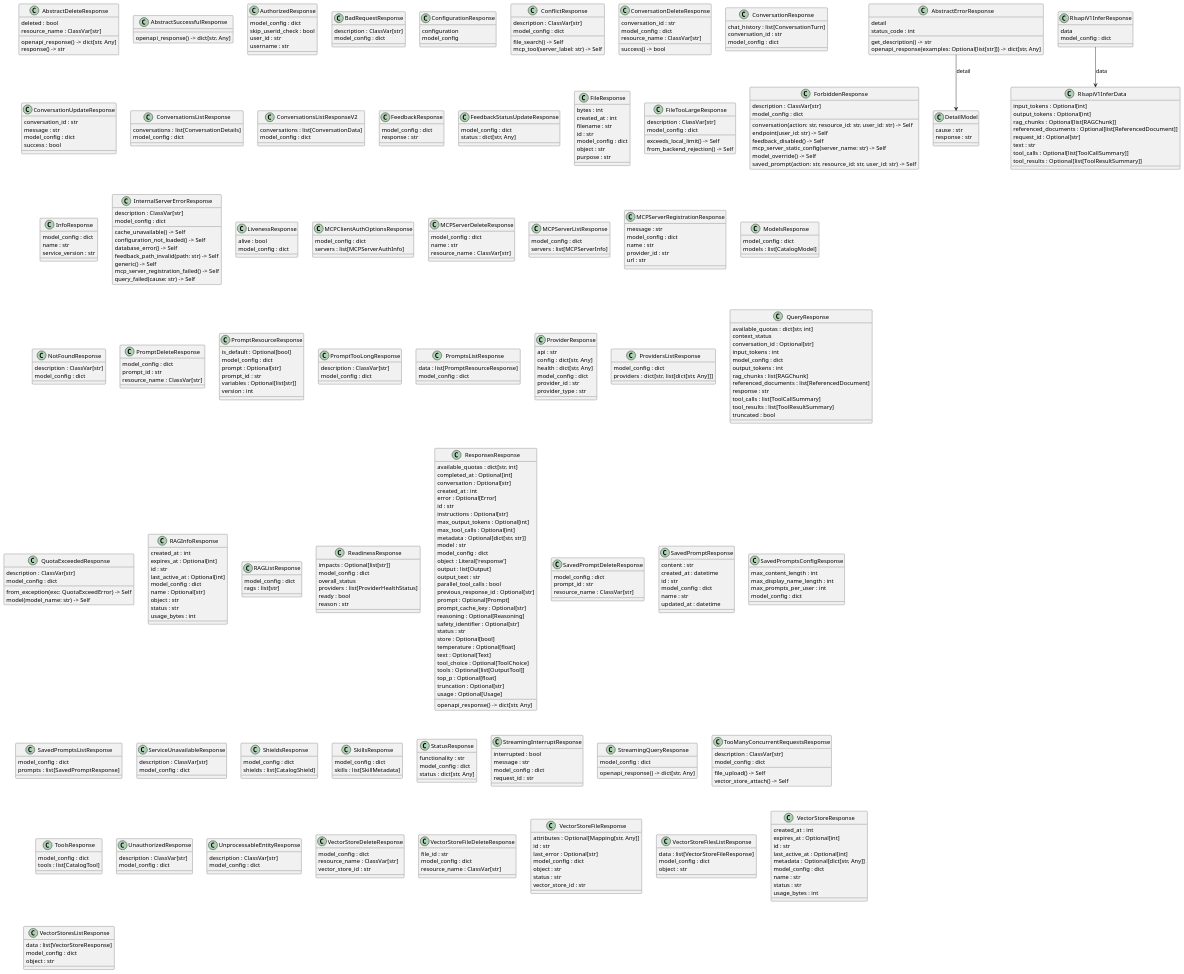
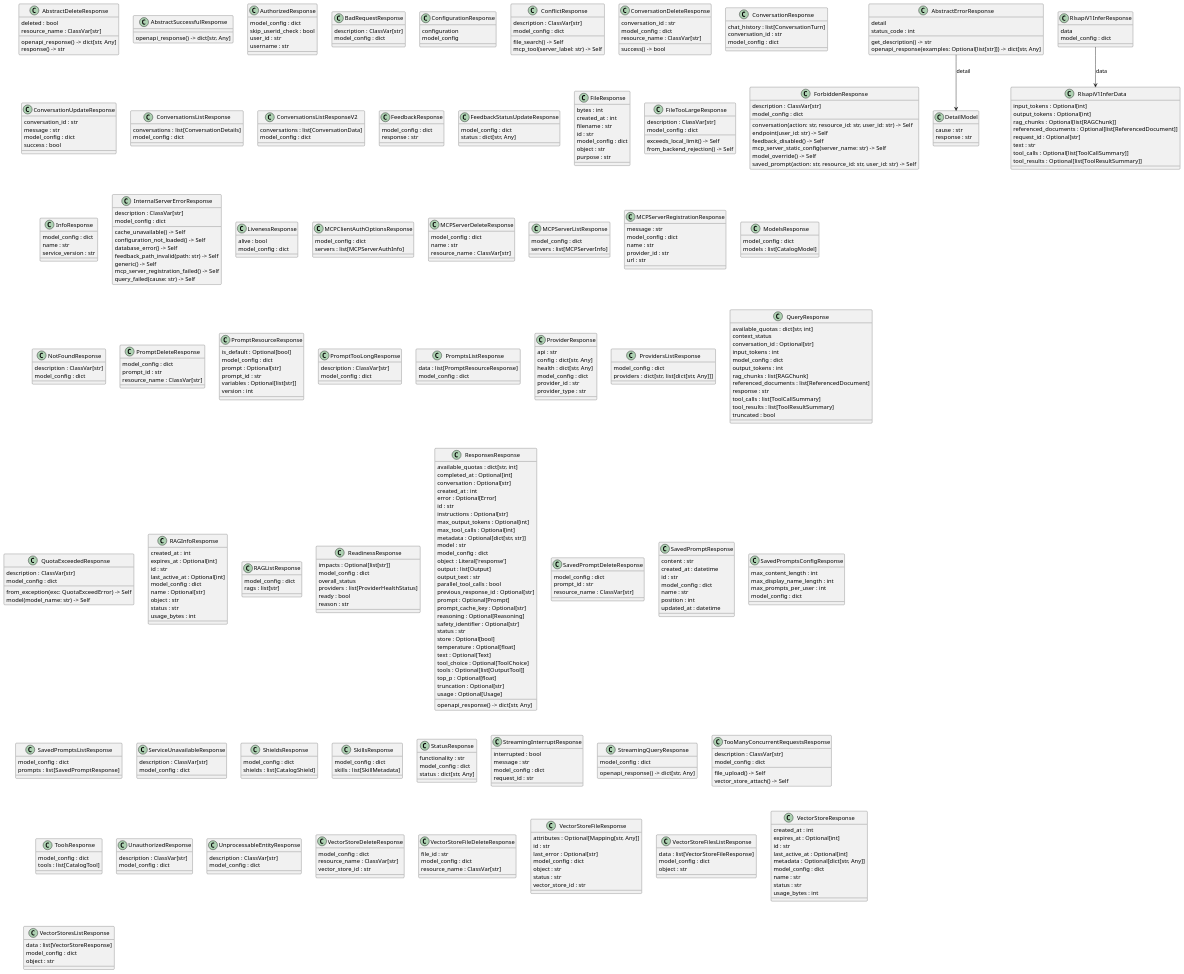
Before and after one commit to lightspeed-core/lightspeed-stack: the diagram in docs/models/responses.puml, drawn with PlantUML. The commit also changed 19 other files, not shown here.

```diff
--- a/docs/models/responses.puml
+++ b/docs/models/responses.puml
@@ -279,6 +279,7 @@
   id : str
   model_config : dict
   name : str
+  position : int
   updated_at : datetime
 }
 class "SavedPromptsConfigResponse" as src.models.api.responses.successful.saved_prompts.SavedPromptsConfigResponse {
```
